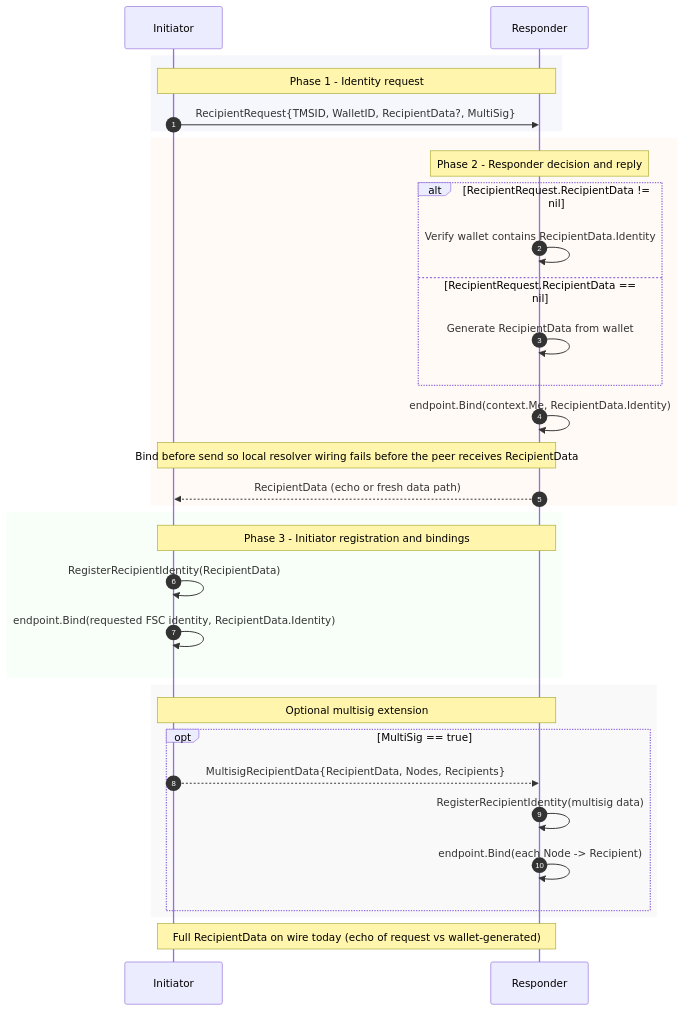
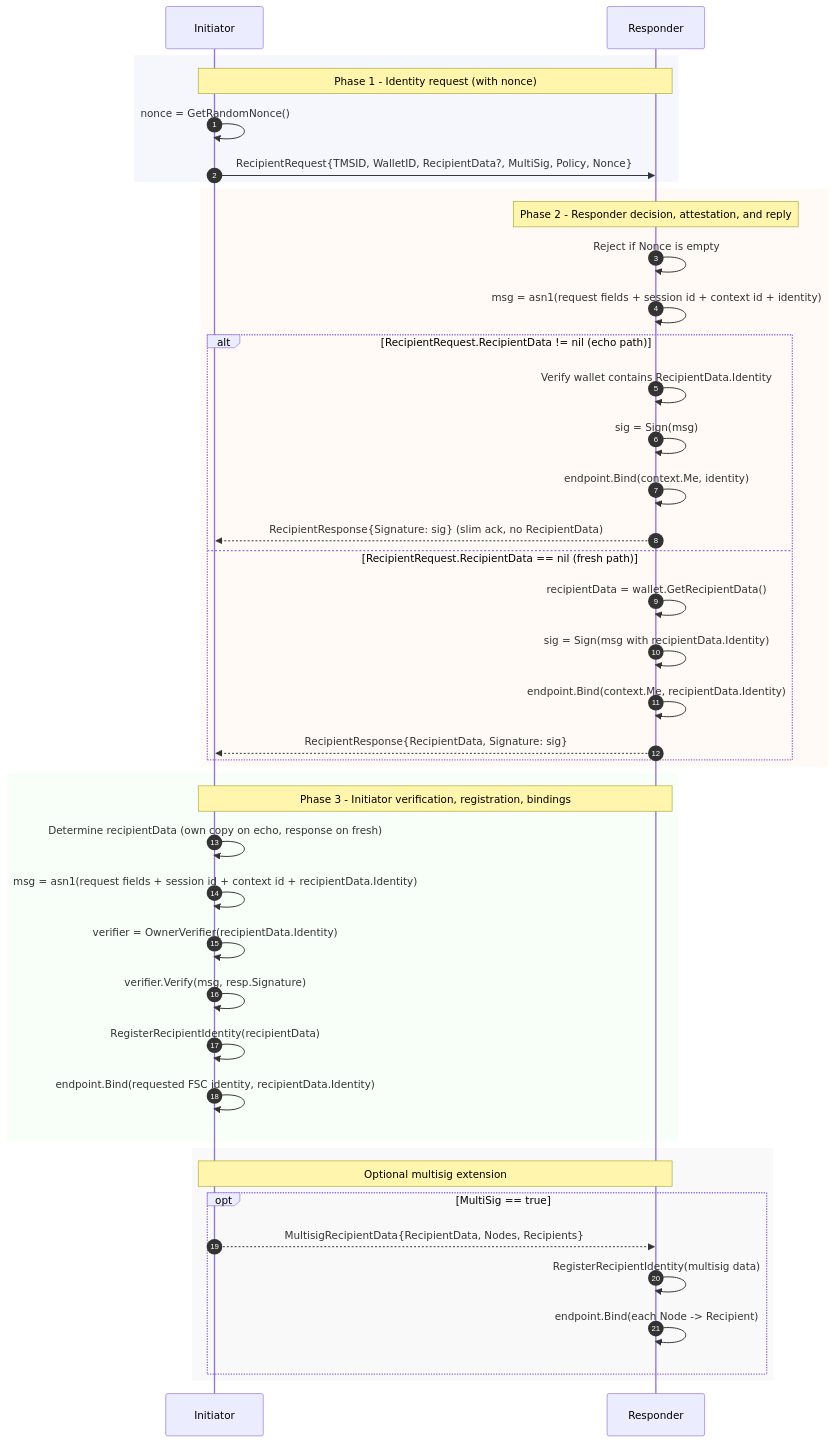
The second of 9 diagrams in docs/services/ttx.md (hyperledger-labs/fabric-token-sdk), drawn with Mermaid before and after one commit. The commit also changed other lines of this file and 4 other files, not shown here.

Commit message:
feat(ttx): recipient wire hardening — slim echo + nonce/signature binding (#1731)

````diff
--- a/docs/services/ttx.md
+++ b/docs/services/ttx.md
@@ -91,40 +91,48 @@
 ```mermaid
 sequenceDiagram
     autonumber
     participant I as Initiator
     participant R as Responder
 
     rect rgba(230, 230, 250, 0.35)
-        Note over I,R: Phase 1 - Identity request
-        I->>R: RecipientRequest{TMSID, WalletID, RecipientData?, MultiSig}
+        Note over I,R: Phase 1 - Identity request (with nonce)
+        I->>I: nonce = GetRandomNonce()
+        I->>R: RecipientRequest{TMSID, WalletID, RecipientData?, MultiSig, Policy, Nonce}
     end
 
     rect rgba(255, 245, 238, 0.5)
-        Note over R: Phase 2 - Responder decision and reply
-        alt RecipientRequest.RecipientData != nil
+        Note over R: Phase 2 - Responder decision, attestation, and reply
+        R->>R: Reject if Nonce is empty
+        R->>R: msg = asn1(request fields + session id + context id + identity)
+        alt RecipientRequest.RecipientData != nil (echo path)
             R->>R: Verify wallet contains RecipientData.Identity
-        else RecipientRequest.RecipientData == nil
-            R->>R: Generate RecipientData from wallet
+            R->>R: sig = Sign(msg)
+            R->>R: endpoint.Bind(context.Me, identity)
+            R-->>I: RecipientResponse{Signature: sig} (slim ack, no RecipientData)
+        else RecipientRequest.RecipientData == nil (fresh path)
+            R->>R: recipientData = wallet.GetRecipientData()
+            R->>R: sig = Sign(msg with recipientData.Identity)
+            R->>R: endpoint.Bind(context.Me, recipientData.Identity)
+            R-->>I: RecipientResponse{RecipientData, Signature: sig}
         end
-        R->>R: endpoint.Bind(context.Me, RecipientData.Identity)
-        Note over R,I: Bind before send so local resolver wiring fails before the peer receives RecipientData
-        R-->>I: RecipientData (echo or fresh data path)
     end
 
     rect rgba(240, 255, 240, 0.45)
-        Note over I,R: Phase 3 - Initiator registration and bindings
-        I->>I: RegisterRecipientIdentity(RecipientData)
-        I->>I: endpoint.Bind(requested FSC identity, RecipientData.Identity)
+        Note over I,R: Phase 3 - Initiator verification, registration, bindings
+        I->>I: Determine recipientData (own copy on echo, response on fresh)
+        I->>I: msg = asn1(request fields + session id + context id + recipientData.Identity)
+        I->>I: verifier = OwnerVerifier(recipientData.Identity)
+        I->>I: verifier.Verify(msg, resp.Signature)
+        I->>I: RegisterRecipientIdentity(recipientData)
+        I->>I: endpoint.Bind(requested FSC identity, recipientData.Identity)
     end
 
     rect rgba(245, 245, 245, 0.55)
         Note over I,R: Optional multisig extension
         opt MultiSig == true
             I-->>R: MultisigRecipientData{RecipientData, Nodes, Recipients}
             R->>R: RegisterRecipientIdentity(multisig data)
             R->>R: endpoint.Bind(each Node -> Recipient)
         end
     end
-
-    Note over I,R: Full RecipientData on wire today (echo of request vs wallet-generated)
 ```
````
